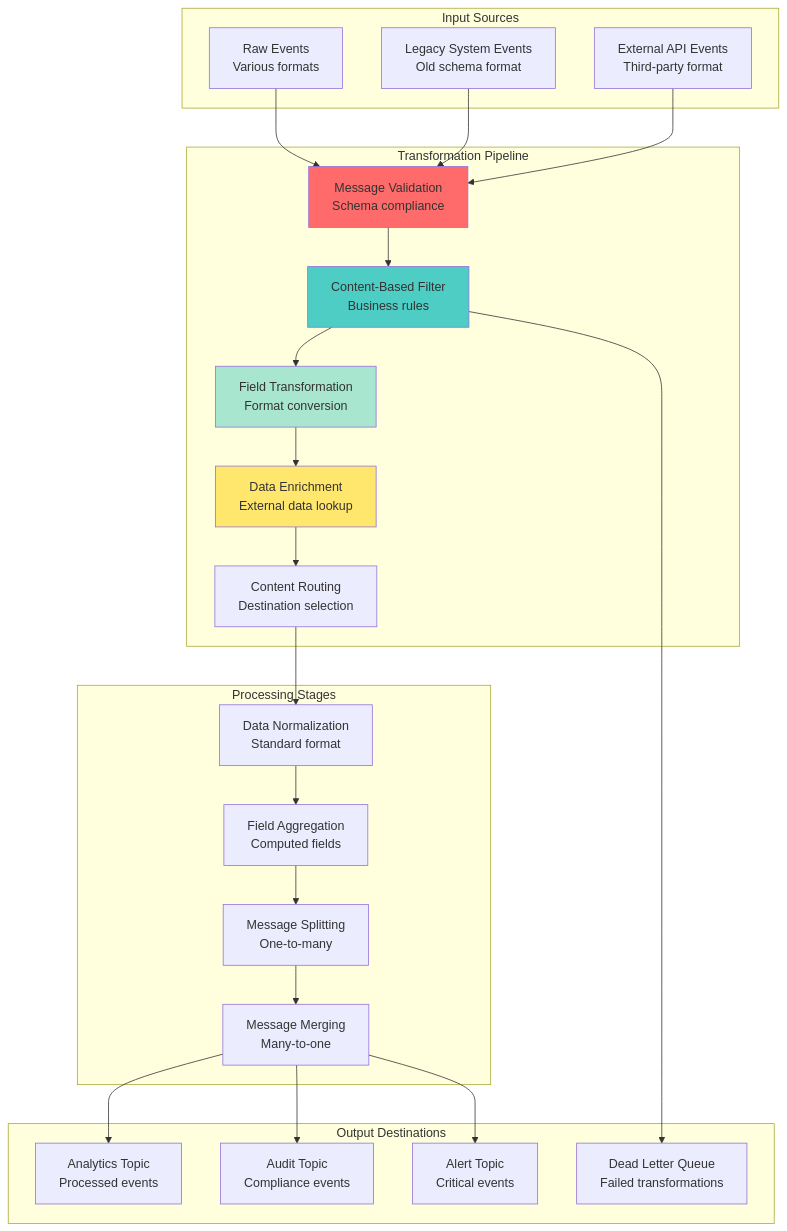
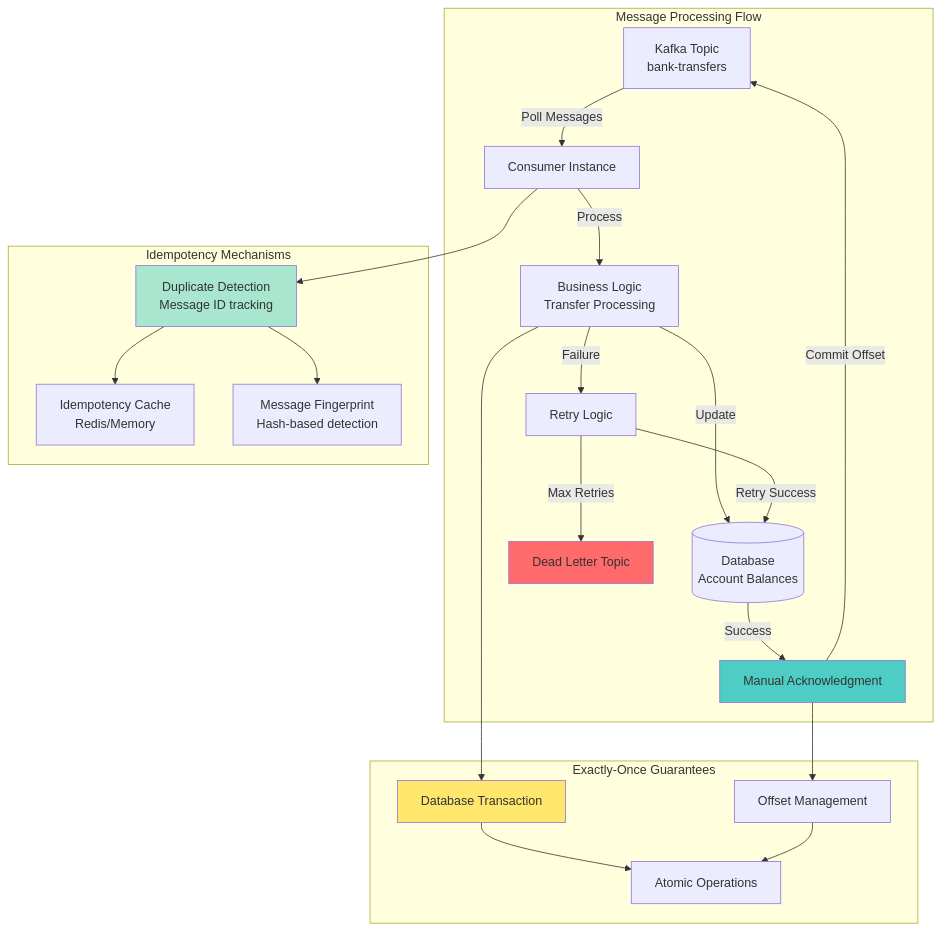
The first of 6 diagrams in class/workshop/lesson_10/README.md (vorrawut/KafkaStarter), drawn with Mermaid before and after one commit. The commit also changed other lines of this file and 204 other files, not shown here.

````diff
--- a/class/workshop/lesson_10/README.md
+++ b/class/workshop/lesson_10/README.md
@@ -24,54 +24,46 @@
 ```mermaid
 graph TB
-    subgraph "Input Sources"
-        RAW[Raw Events<br/>Various formats]
-        LEGACY[Legacy System Events<br/>Old schema format]
-        EXTERNAL[External API Events<br/>Third-party format]
+    subgraph "Message Processing Flow"
+        KAFKA[Kafka Topic<br/>bank-transfers]
+        CONSUMER[Consumer Instance]
+        PROCESSOR[Business Logic<br/>Transfer Processing]
+        DB[(Database<br/>Account Balances)]
+        ACK[Manual Acknowledgment]
+        
+        KAFKA -->|Poll Messages| CONSUMER
+        CONSUMER -->|Process| PROCESSOR
+        PROCESSOR -->|Update| DB
+        DB -->|Success| ACK
+        ACK -->|Commit Offset| KAFKA
+        
+        PROCESSOR -->|Failure| RETRY[Retry Logic]
+        RETRY -->|Max Retries| DLT[Dead Letter Topic]
+        RETRY -->|Retry Success| DB
     end
     
-    subgraph "Transformation Pipeline"
-        VALIDATE[Message Validation<br/>Schema compliance]
-        FILTER[Content-Based Filter<br/>Business rules]
-        TRANSFORM[Field Transformation<br/>Format conversion]
-        ENRICH[Data Enrichment<br/>External data lookup]
-        ROUTE[Content Routing<br/>Destination selection]
+    subgraph "Idempotency Mechanisms"
+        DEDUP[Duplicate Detection<br/>Message ID tracking]
+        CACHE[Idempotency Cache<br/>Redis/Memory]
+        FINGERPRINT[Message Fingerprint<br/>Hash-based detection]
+        
+        CONSUMER --> DEDUP
+        DEDUP --> CACHE
+        DEDUP --> FINGERPRINT
     end
     
-    subgraph "Processing Stages"
-        NORMALIZE[Data Normalization<br/>Standard format]
-        AGGREGATE[Field Aggregation<br/>Computed fields]
-        SPLIT[Message Splitting<br/>One-to-many]
-        MERGE[Message Merging<br/>Many-to-one]
+    subgraph "Exactly-Once Guarantees"
+        TXN[Database Transaction]
+        OFFSET[Offset Management]
+        ATOMIC[Atomic Operations]
+        
+        PROCESSOR --> TXN
+        ACK --> OFFSET
+        TXN --> ATOMIC
+        OFFSET --> ATOMIC
     end
     
-    subgraph "Output Destinations"
-        ANALYTICS[Analytics Topic<br/>Processed events]
-        AUDIT[Audit Topic<br/>Compliance events]
-        ALERTS[Alert Topic<br/>Critical events]
-        DLQ[Dead Letter Queue<br/>Failed transformations]
-    end
-    
-    RAW --> VALIDATE
-    LEGACY --> VALIDATE
-    EXTERNAL --> VALIDATE
-    
-    VALIDATE --> FILTER
-    FILTER --> TRANSFORM
-    TRANSFORM --> ENRICH
-    ENRICH --> ROUTE
-    
-    ROUTE --> NORMALIZE
-    NORMALIZE --> AGGREGATE
-    AGGREGATE --> SPLIT
-    SPLIT --> MERGE
-    
-    MERGE --> ANALYTICS
-    MERGE --> AUDIT
-    MERGE --> ALERTS
-    FILTER --> DLQ
-    
-    style VALIDATE fill:#ff6b6b
-    style FILTER fill:#4ecdc4
-    style TRANSFORM fill:#a8e6cf
-    style ENRICH fill:#ffe66d
+    style ACK fill:#4ecdc4
+    style DEDUP fill:#a8e6cf
+    style TXN fill:#ffe66d
+    style DLT fill:#ff6b6b
 ```
````
